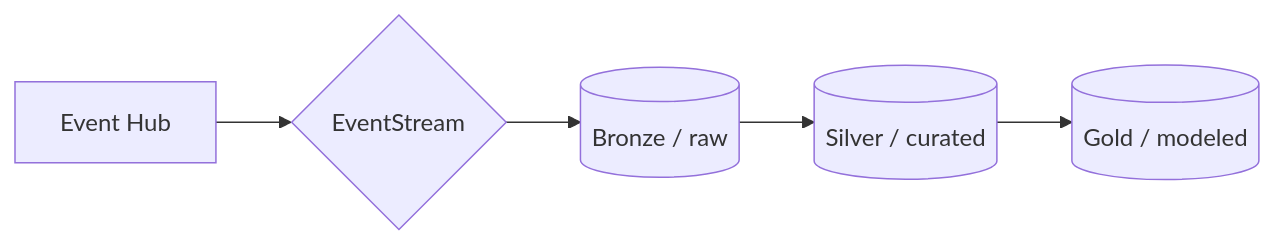
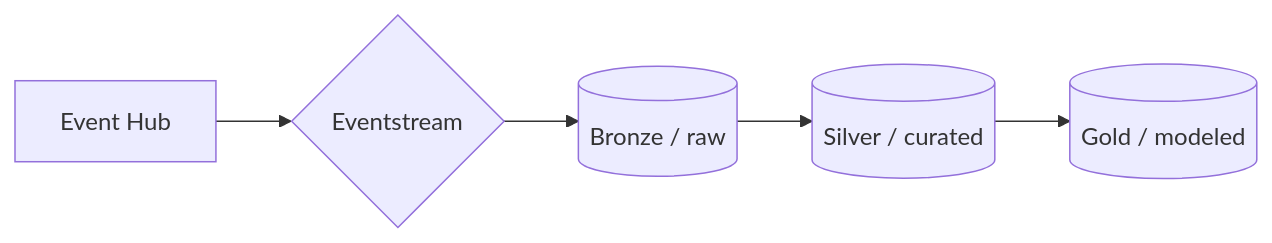
Before and after one commit to microsoft/fabricrealtimelab: the diagram in modules/module06b.md, drawn with Mermaid. The commit also changed 4 other files, not shown here.

````diff
--- a/modules/module06b.md
+++ b/modules/module06b.md
@@ -23,7 +23,7 @@
 ```mermaid
 flowchart LR
-    A[Event Hub] --> B{EventStream}
+    A[Event Hub] --> B{Eventstream}
     B --> C[(Bronze / raw)]
     C --> D[(Silver / curated)]
     D --> E[(Gold / modeled)]
 ```
````
